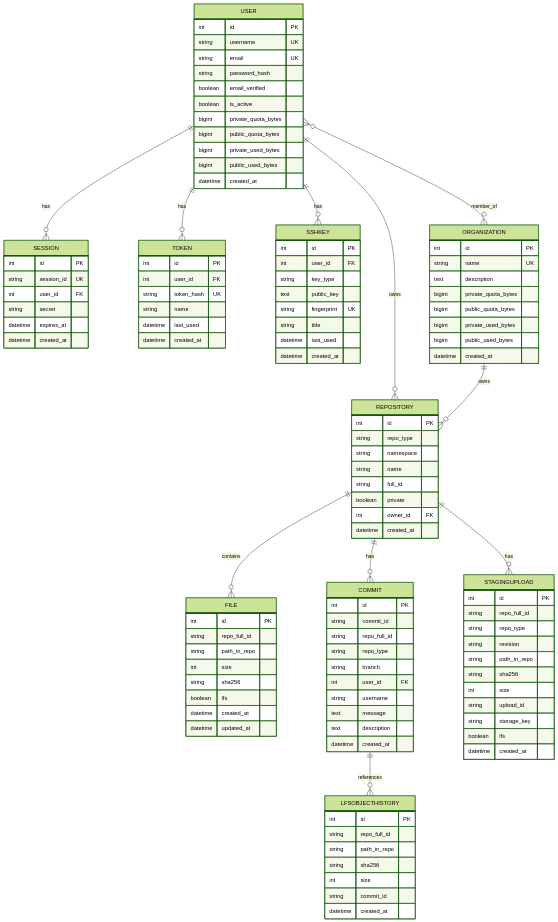
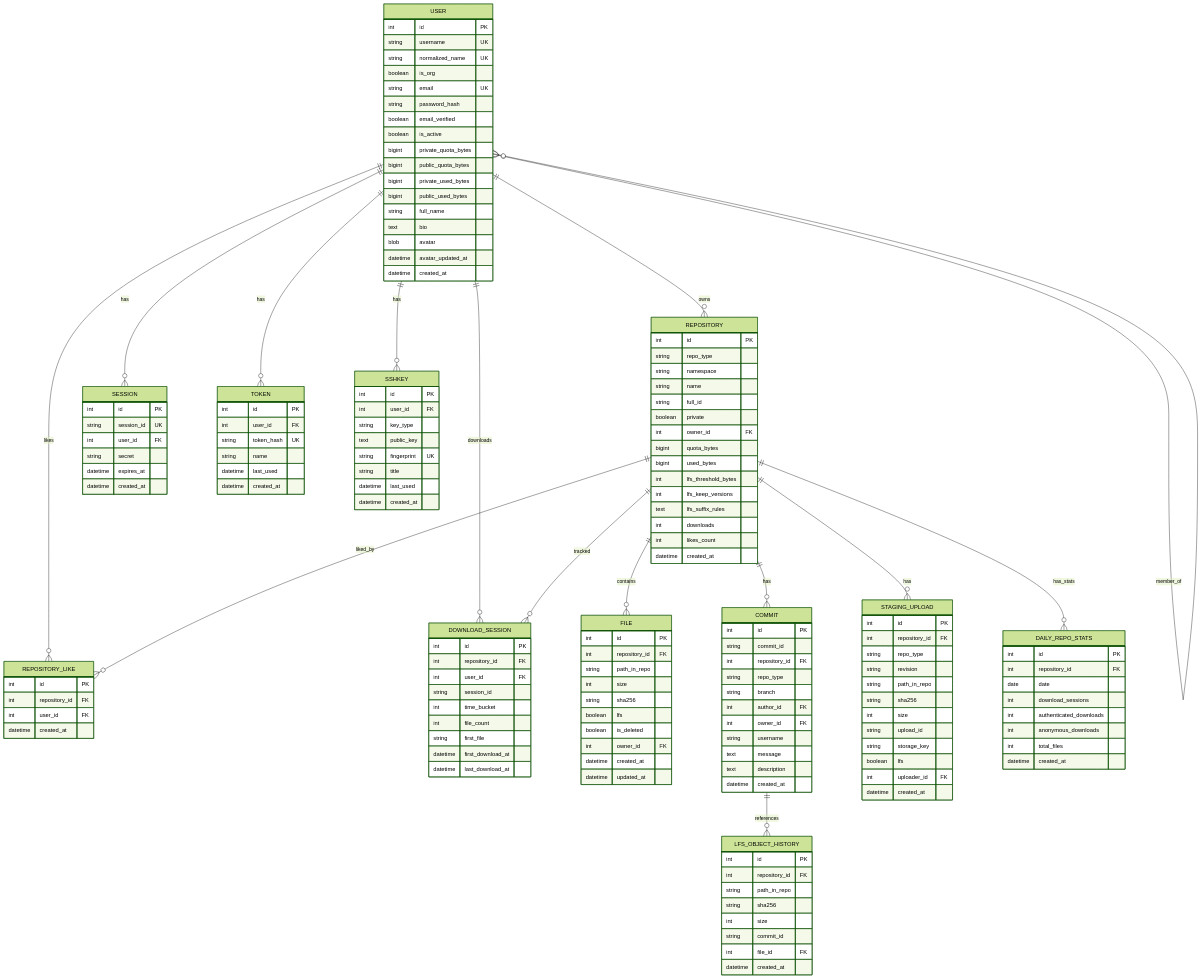
The fifth of 5 diagrams in docs/API.md (theblackcat102/KohakuHub), drawn with Mermaid (forest theme) before and after one commit. The commit also changed other lines of this file and 8 other files, not shown here.

````diff
--- a/docs/API.md
+++ b/docs/API.md
@@ -608,16 +213,22 @@
     USER ||--o{ SESSION : has
     USER ||--o{ TOKEN : has
     USER ||--o{ SSHKEY : has
-    USER }o--o{ ORGANIZATION : member_of
-    ORGANIZATION ||--o{ REPOSITORY : owns
+    USER }o--o{ USER : member_of
+    USER ||--o{ REPOSITORY_LIKE : likes
+    USER ||--o{ DOWNLOAD_SESSION : downloads
     REPOSITORY ||--o{ FILE : contains
     REPOSITORY ||--o{ COMMIT : has
-    REPOSITORY ||--o{ STAGINGUPLOAD : has
-    COMMIT ||--o{ LFSOBJECTHISTORY : references
+    REPOSITORY ||--o{ STAGING_UPLOAD : has
+    REPOSITORY ||--o{ REPOSITORY_LIKE : liked_by
+    REPOSITORY ||--o{ DOWNLOAD_SESSION : tracked
+    REPOSITORY ||--o{ DAILY_REPO_STATS : has_stats
+    COMMIT ||--o{ LFS_OBJECT_HISTORY : references
 
     USER {
         int id PK
         string username UK
+        string normalized_name UK
+        boolean is_org
         string email UK
         string password_hash
         boolean email_verified
@@ -626,6 +237,10 @@
         bigint public_quota_bytes
         bigint private_used_bytes
         bigint public_used_bytes
+        string full_name
+        text bio
+        blob avatar
+        datetime avatar_updated_at
         datetime created_at
     }
 
@@ -637,16 +252,25 @@
         string full_id
         boolean private
         int owner_id FK
+        bigint quota_bytes
+        bigint used_bytes
+        int lfs_threshold_bytes
+        int lfs_keep_versions
+        text lfs_suffix_rules
+        int downloads
+        int likes_count
         datetime created_at
     }
 
     FILE {
         int id PK
-        string repo_full_id
+        int repository_id FK
         string path_in_repo
         int size
         string sha256
         boolean lfs
+        boolean is_deleted
+        int owner_id FK
         datetime created_at
         datetime updated_at
     }
@@ -654,24 +278,14 @@
     COMMIT {
         int id PK
         string commit_id
-        string repo_full_id
+        int repository_id FK
         string repo_type
         string branch
-        int user_id FK
+        int author_id FK
+        int owner_id FK
         string username
         text message
         text description
-        datetime created_at
-    }
-
-    ORGANIZATION {
-        int id PK
-        string name UK
-        text description
-        bigint private_quota_bytes
-        bigint public_quota_bytes
-        bigint private_used_bytes
-        bigint public_used_bytes
         datetime created_at
     }
 
@@ -704,9 +318,9 @@
         datetime created_at
     }
 
-    STAGINGUPLOAD {
+    STAGING_UPLOAD {
         int id PK
-        string repo_full_id
+        int repository_id FK
         string repo_type
         string revision
         string path_in_repo
@@ -715,16 +329,48 @@
         string upload_id
         string storage_key
         boolean lfs
+        int uploader_id FK
         datetime created_at
     }
 
-    LFSOBJECTHISTORY {
+    LFS_OBJECT_HISTORY {
         int id PK
-        string repo_full_id
+        int repository_id FK
         string path_in_repo
         string sha256
         int size
         string commit_id
+        int file_id FK
+        datetime created_at
+    }
+
+    REPOSITORY_LIKE {
+        int id PK
+        int repository_id FK
+        int user_id FK
+        datetime created_at
+    }
+
+    DOWNLOAD_SESSION {
+        int id PK
+        int repository_id FK
+        int user_id FK
+        string session_id
+        int time_bucket
+        int file_count
+        string first_file
+        datetime first_download_at
+        datetime last_download_at
+    }
+
+    DAILY_REPO_STATS {
+        int id PK
+        int repository_id FK
+        date date
+        int download_sessions
+        int authenticated_downloads
+        int anonymous_downloads
+        int total_files
         datetime created_at
     }
 ```
````
